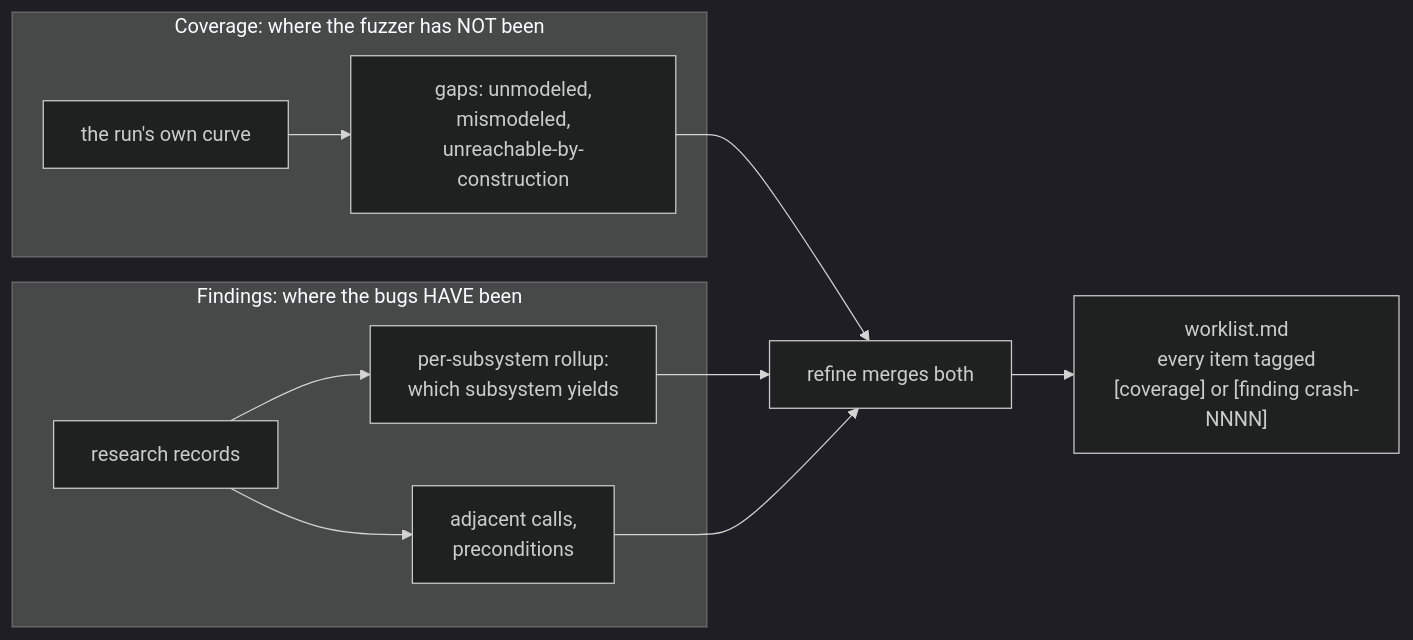
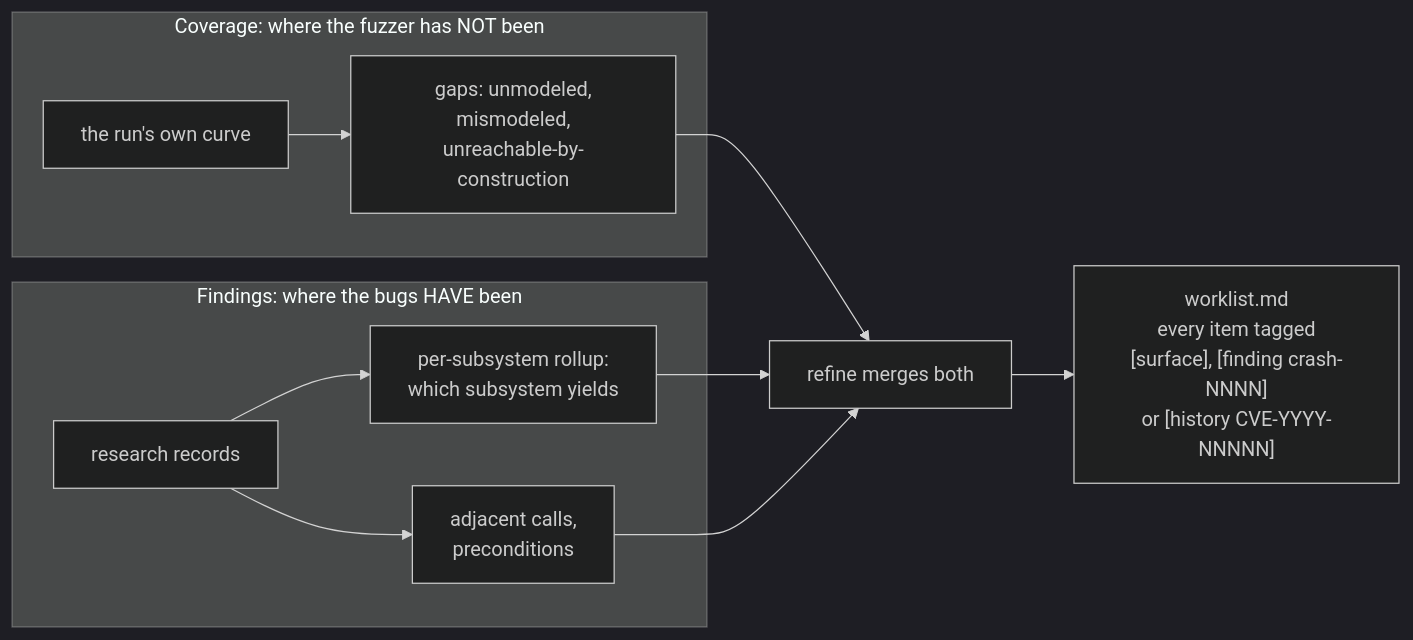
One commit to Indspl0it/gspwn changed the first of 2 diagrams in docs/src/content/docs/architecture/sub-agents.md. Above: the diagram before and after it, drawn with Mermaid (dark theme). The commit also changed other lines of this file and 247 other files, not shown here.

````diff
--- a/docs/src/content/docs/architecture/sub-agents.md
+++ b/docs/src/content/docs/architecture/sub-agents.md
@@ -71,14 +71,14 @@
 ```mermaid
 flowchart LR
   subgraph COV["Coverage: where the fuzzer has NOT been"]
     C1["the run's own curve"] --> C2["gaps: unmodeled,<br/>mismodeled,<br/>unreachable-by-construction"]
   end
   subgraph FIND["Findings: where the bugs HAVE been"]
     F1["research records"] --> F2["per-subsystem rollup:<br/>which subsystem yields"]
     F1 --> F3["adjacent calls,<br/>preconditions"]
   end
   C2 --> MERGE["refine merges both"]
   F2 --> MERGE
   F3 --> MERGE
-  MERGE --> WL["worklist.md<br/>every item tagged<br/>[coverage] or [finding crash-NNNN]"]
+  MERGE --> WL["worklist.md<br/>every item tagged<br/>[surface], [finding crash-NNNN]<br/>or [history CVE-YYYY-NNNNN]"]
 ```
````
